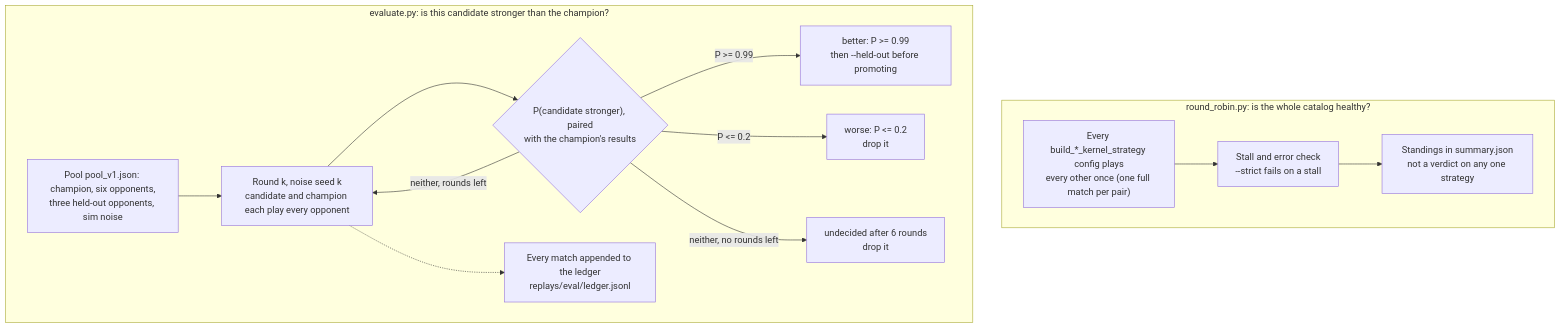
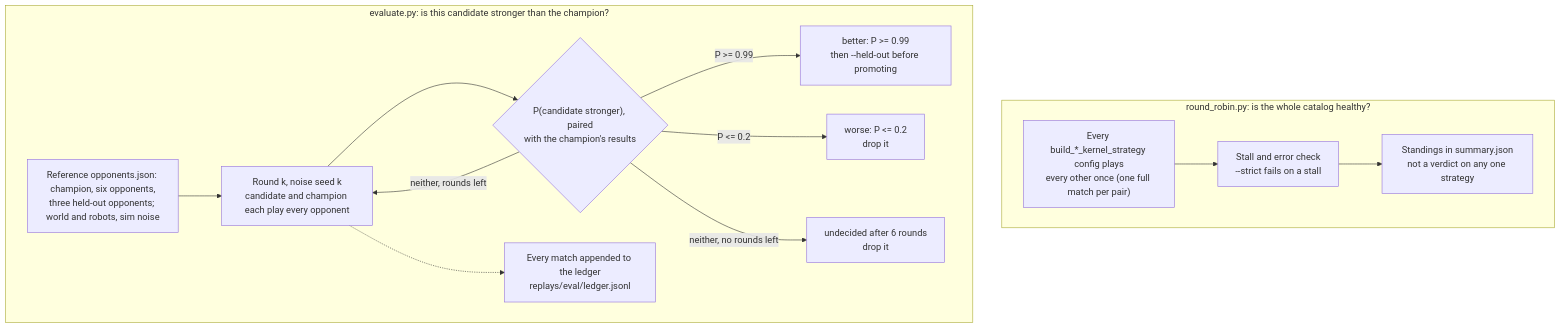
One commit to First-Order-RoboCup-SSL/Utama-Core changed the fourth of 5 diagrams in docs/STRATEGY_DEVELOPMENT.md. Above: the diagram before and after it, drawn with Mermaid. The commit also changed other lines of this file and 15 other files, not shown here.

First line of the commit message:
evaluation: fixed reference opponents, world and robot settings

````diff
--- a/docs/STRATEGY_DEVELOPMENT.md
+++ b/docs/STRATEGY_DEVELOPMENT.md
@@ -259,25 +269,25 @@
 ```mermaid
 flowchart TD
     subgraph rr["round_robin.py: is the whole catalog healthy?"]
         r1["Every build_*_kernel_strategy config plays<br/>every other once (one full match per pair)"]
         r2["Stall and error check<br/>--strict fails on a stall"]
         r3["Standings in summary.json<br/>not a verdict on any one strategy"]
         r1 --> r2 --> r3
     end
 
     subgraph ev["evaluate.py: is this candidate stronger than the champion?"]
-        e1["Pool pool_v1.json: champion, six opponents,<br/>three held-out opponents, sim noise"]
+        e1["Reference opponents.json: champion, six opponents,<br/>three held-out opponents; world and robots, sim noise"]
         e2["Round k, noise seed k<br/>candidate and champion each play every opponent"]
         e7["Every match appended to the ledger<br/>replays/eval/ledger.jsonl"]
         e3{"P(candidate stronger), paired<br/>with the champion's results"}
         e4["better: P >= 0.99<br/>then --held-out before promoting"]
         e5["worse: P <= 0.2<br/>drop it"]
         e6["undecided after 6 rounds<br/>drop it"]
         e1 --> e2 --> e3
         e2 -.-> e7
         e3 -- "P >= 0.99" --> e4
         e3 -- "P <= 0.2" --> e5
         e3 -- "neither, rounds left" --> e2
         e3 -- "neither, no rounds left" --> e6
     end
 ```
````
